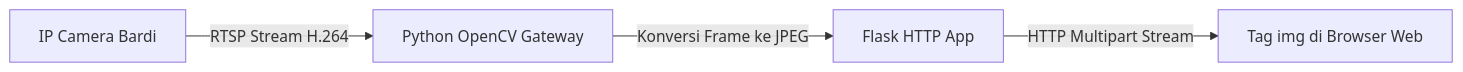
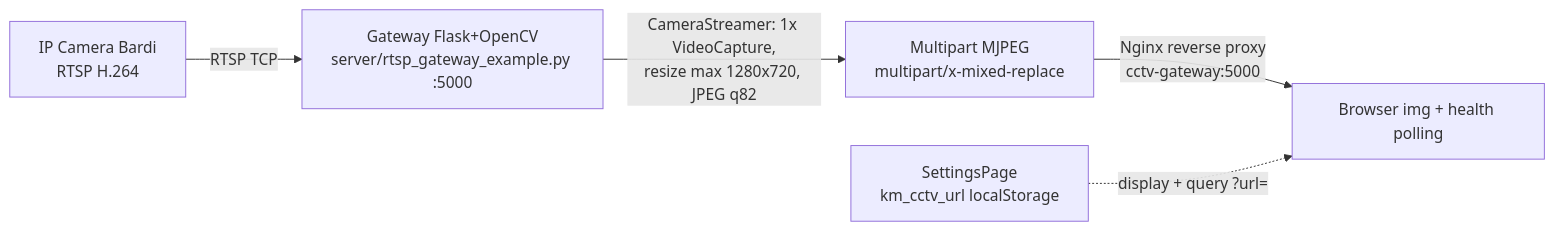
Before and after one commit to PrasetyaRiski/kampung_merak: the third of 3 diagrams in SYSTEM_DOCUMENTATION.md, drawn with Mermaid. The commit also changed other lines of this file and 118 other files, not shown here.

````diff
--- a/SYSTEM_DOCUMENTATION.md
+++ b/SYSTEM_DOCUMENTATION.md
@@ -96,6 +117,7 @@
 ```mermaid
 graph LR
-    CCTV[IP Camera Bardi] -->|RTSP Stream H.264| Gateway[Python OpenCV Gateway]
-    Gateway -->|Konversi Frame ke JPEG| Flask[Flask HTTP App]
-    Flask -->|HTTP Multipart Stream| Web[Tag img di Browser Web]
+    CCTV[IP Camera Bardi<br/>RTSP H.264] -->|RTSP TCP| GW[Gateway Flask+OpenCV<br/>server/rtsp_gateway_example.py :5000]
+    GW -->|CameraStreamer: 1x VideoCapture,<br/>resize max 1280x720, JPEG q82| MJPEG[Multipart MJPEG<br/>multipart/x-mixed-replace]
+    MJPEG -->|Nginx reverse proxy<br/>cctv-gateway:5000| Web[Browser img + health polling]
+    SET[SettingsPage<br/>km_cctv_url localStorage] -.->|display + query ?url=| Web
 ```
````
